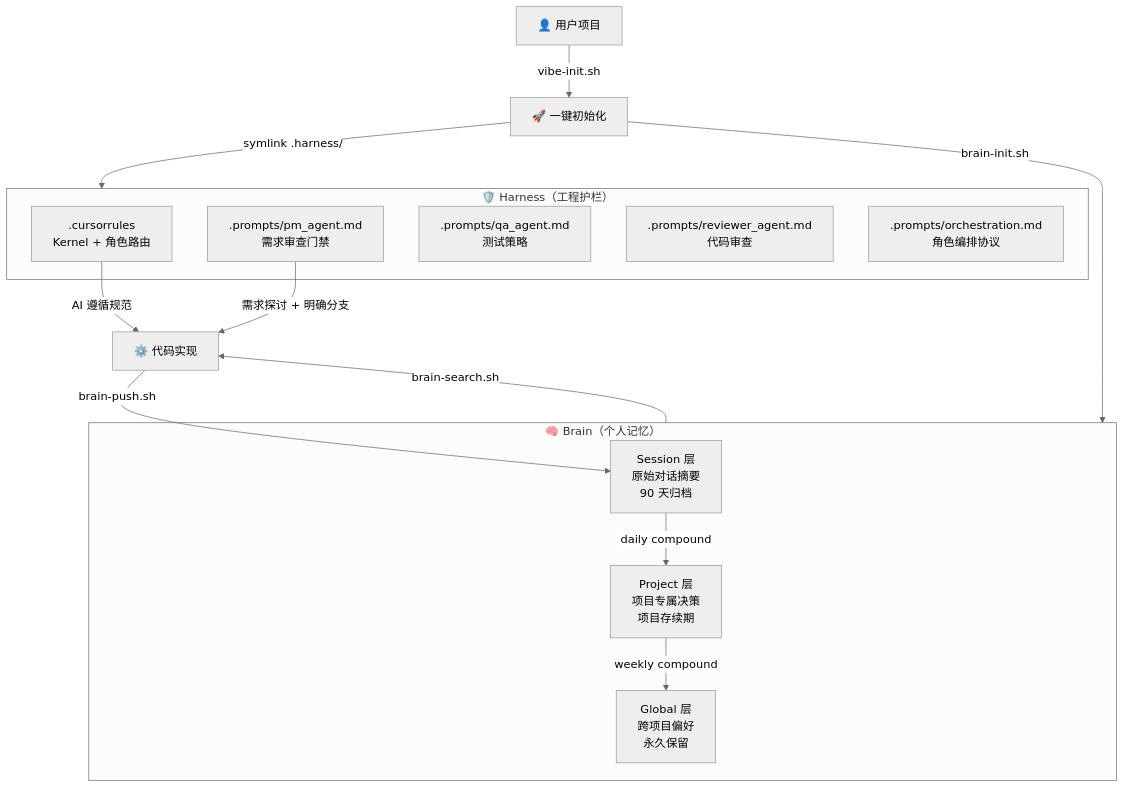
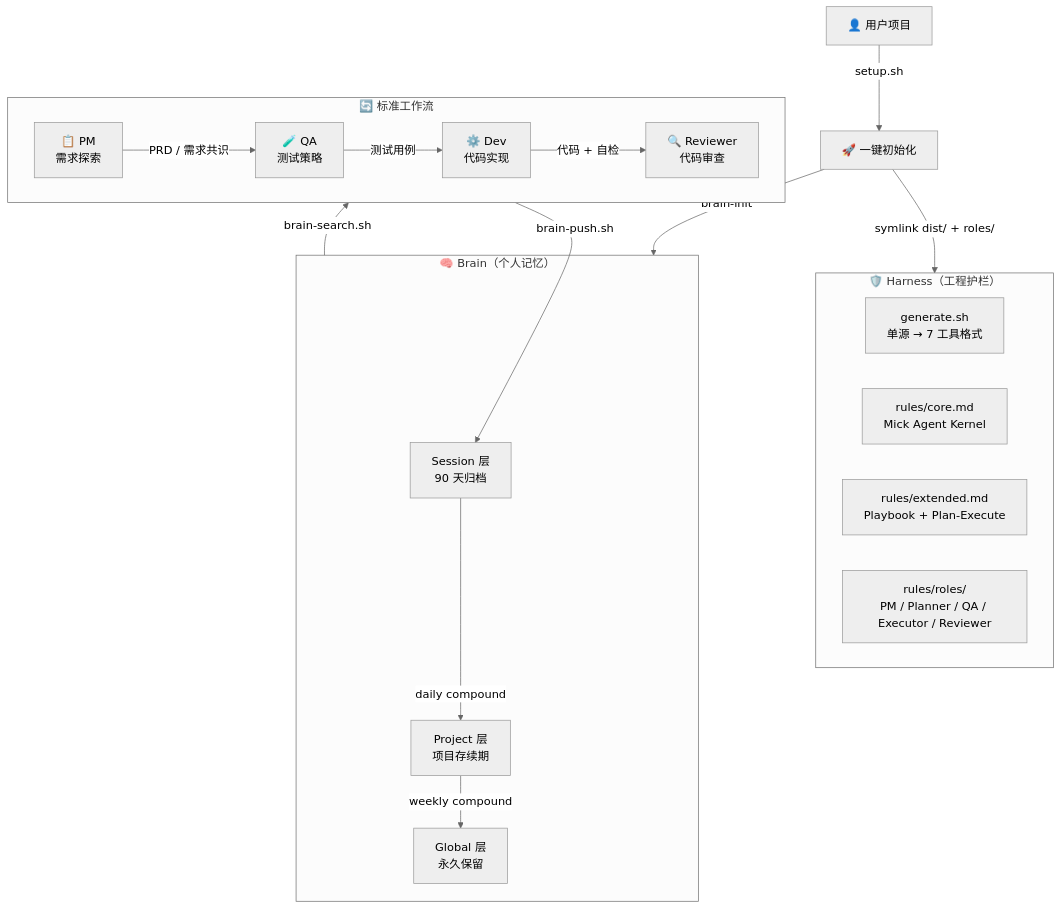
The diagram in README.md (MickMi/mick_harness_rules), drawn with Mermaid (neutral theme) before and after one commit. The commit also changed other lines of this file and 14 other files, not shown here.

````diff
--- a/README.md
+++ b/README.md
@@ -135,27 +145,33 @@
 ```mermaid
 flowchart TD
     subgraph Harness["🛡️ Harness（工程护栏）"]
-        CR[".cursorrules<br/>Kernel + 角色路由"]
-        PM[".prompts/pm_agent.md<br/>需求审查门禁"]
-        QA[".prompts/qa_agent.md<br/>测试策略"]
-        RV[".prompts/reviewer_agent.md<br/>代码审查"]
-        OC[".prompts/orchestration.md<br/>角色编排协议"]
+        GEN["generate.sh<br/>单源 → 7 工具格式"]
+        CORE["rules/core.md<br/>Mick Agent Kernel"]
+        EXT["rules/extended.md<br/>Playbook + Plan-Execute"]
+        ROLES["rules/roles/<br/>PM / Planner / QA / Executor / Reviewer"]
+    end
+
+    subgraph Flow["🔄 标准工作流"]
+        PM["📋 PM<br/>需求探索"]
+        QA["🧪 QA<br/>测试策略"]
+        DEV["⚙️ Dev<br/>代码实现"]
+        RV["🔍 Reviewer<br/>代码审查"]
+        PM -->|"PRD / 需求共识"| QA
+        QA -->|"测试用例"| DEV
+        DEV -->|"代码 + 自检"| RV
     end
 
     subgraph Brain["🧠 Brain（个人记忆）"]
-        S["Session 层<br/>原始对话摘要<br/>90 天归档"]
-        P["Project 层<br/>项目专属决策<br/>项目存续期"]
-        G["Global 层<br/>跨项目偏好<br/>永久保留"]
+        S["Session 层<br/>90 天归档"]
+        P["Project 层<br/>项目存续期"]
+        G["Global 层<br/>永久保留"]
         S -->|"daily compound"| P
         P -->|"weekly compound"| G
     end
 
-    User["👤 用户项目"] -->|"vibe-init.sh"| Init["🚀 一键初始化"]
-    Init -->|"symlink .harness/"| Harness
-    Init -->|"brain-init.sh"| Brain
-
-    CR -->|"AI 遵循规范"| Code["⚙️ 代码实现"]
-    PM -->|"需求探讨 + 明确分支"| Code
-    Brain -->|"brain-search.sh"| Code
-    Code -->|"brain-push.sh"| S
+    User["👤 用户项目"] -->|"setup.sh"| Init["🚀 一键初始化"]
+    Init -->|"symlink dist/ + roles/"| Harness
+    Init -->|"brain-init"| Brain
+    Flow -->|"brain-push.sh"| S
+    Brain -->|"brain-search.sh"| Flow
 ```
````
